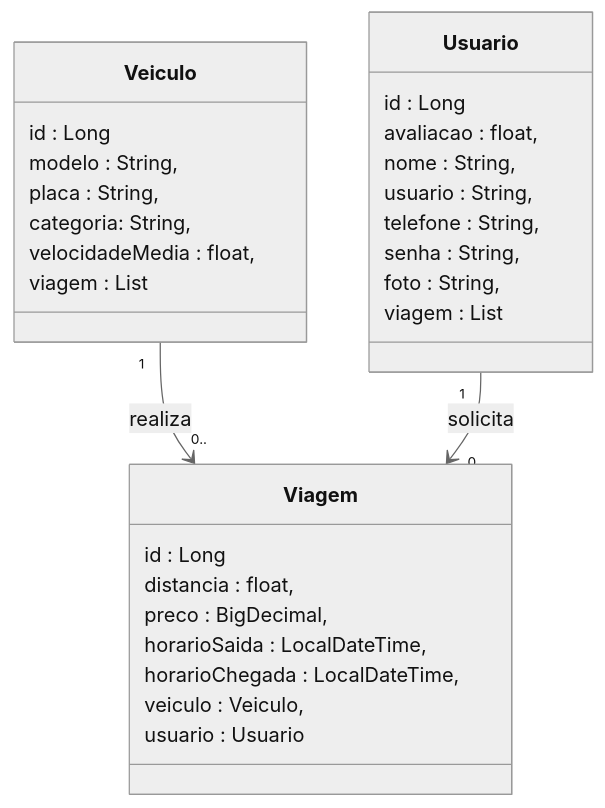
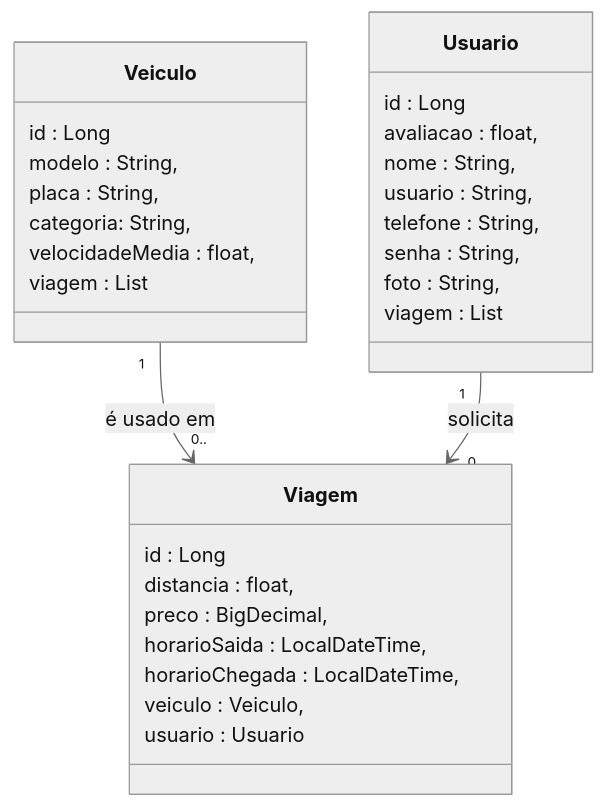
The first of 2 diagrams in README.md (Projetos-Grupo-01/go_lady), drawn with Mermaid (neutral theme) before and after one commit.

````diff
--- a/README.md
+++ b/README.md
@@ -72,41 +72,41 @@
 ```mermaid
 classDiagram
 class Viagem {
 
 id : Long
 distancia : float,
 preco : BigDecimal,
 horarioSaida : LocalDateTime,
 horarioChegada : LocalDateTime,
 veiculo : Veiculo,
 usuario : Usuario
 
 }
 
 class Veiculo {
   
 id : Long
 modelo : String,
 placa : String,
 categoria: String,
 velocidadeMedia : float,
 viagem : List<Viagem>
 
 }
 
 class Usuario {
   
 id : Long
 avaliacao : float,
 nome : String,
 usuario : String,
 telefone : String,
 senha : String,
 foto : String,
 viagem : List<Viagem>
 
 }
-Veiculo "1" --> "0.." Viagem : realiza
+Veiculo "1" --> "0.." Viagem : é usado em
 Usuario "1" --> "0.." Viagem : solicita
 
 ```
````
